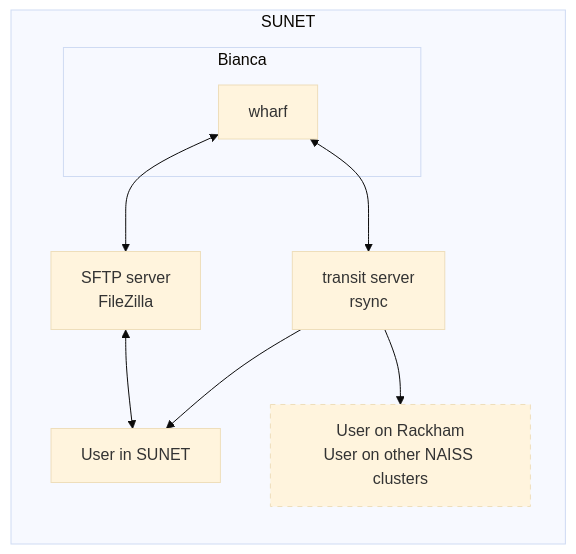
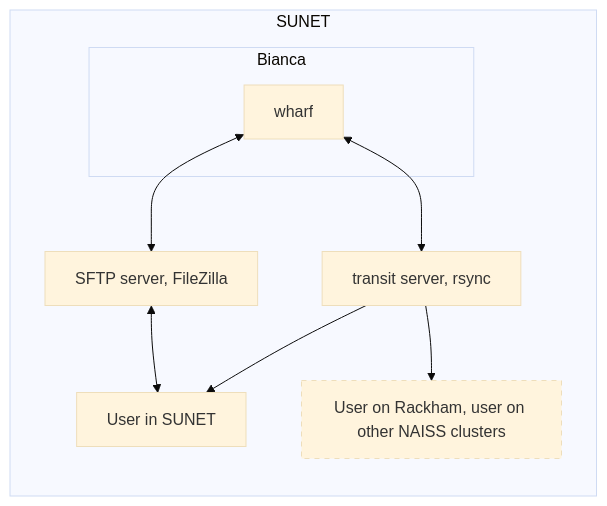
The diagram in docs/intermediate/transfer.md (UPPMAX/bianca_workshop), drawn with Mermaid (base theme) before and after one commit. The commit also changed 3 other files, not shown here.

````diff
--- a/docs/intermediate/transfer.md
+++ b/docs/intermediate/transfer.md
@@ -110,18 +110,18 @@
 ```mermaid
 flowchart LR
   classDef low_focus_node stroke-dasharray: 5 5
   subgraph sunet[SUNET]
     subgraph bianca[Bianca]
       wharf
     end
-    transit[transit server\nrsync]
-    sftp_server[SFTP server\nFileZilla]
+    transit[transit server, rsync]
+    sftp_server[SFTP server, FileZilla]
     user[User in SUNET]
-    other_users[User on Rackham\nUser on other NAISS clusters]:::low_focus_node
+    other_users[User on Rackham, user on other NAISS clusters]:::low_focus_node
     wharf <--> transit
     wharf <--> sftp_server
     transit --> user
     transit --> other_users
     sftp_server <--> user
   end
 ```
````
